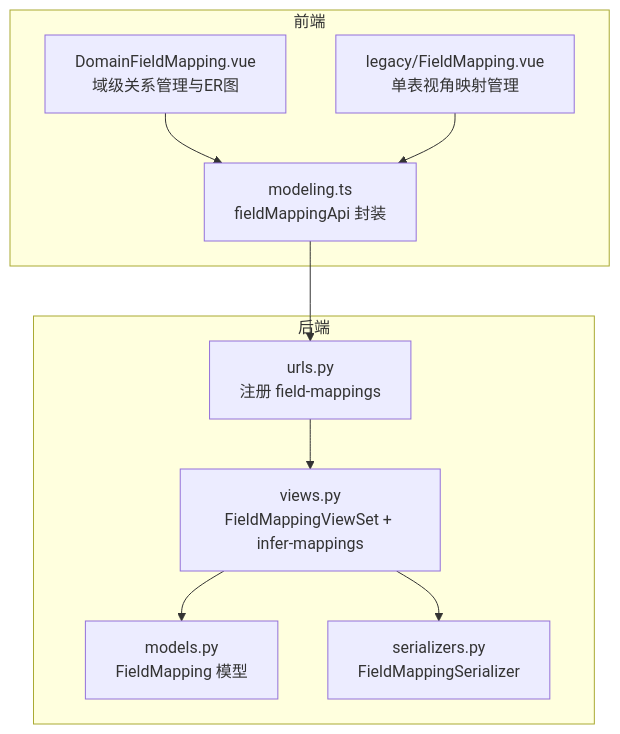
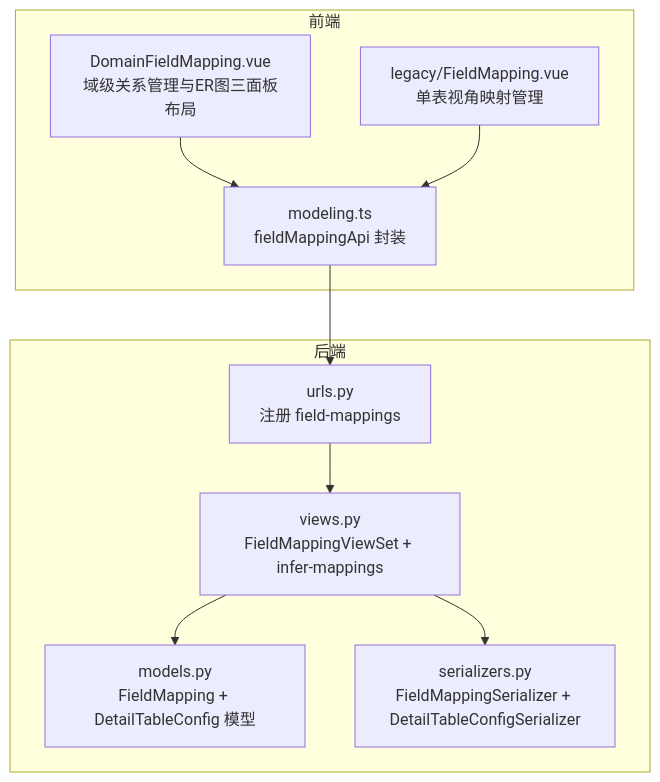
One commit to zyp-coder/Metadata changed the first of 6 diagrams in .qoder/repowiki/zh/content/数据建模模块/字段映射.md. Above: the diagram before and after it, drawn with Mermaid. The commit also changed other lines of this file and 8 other files, not shown here.

````diff
--- a/.qoder/repowiki/zh/content/数据建模模块/字段映射.md
+++ b/.qoder/repowiki/zh/content/数据建模模块/字段映射.md
@@ -32,20 +42,20 @@
 ```mermaid
 graph TB
 subgraph "后端"
-M["models.py<br/>FieldMapping 模型"]
-S["serializers.py<br/>FieldMappingSerializer"]
+M["models.py<br/>FieldMapping + DetailTableConfig 模型"]
+S["serializers.py<br/>FieldMappingSerializer + DetailTableConfigSerializer"]
 V["views.py<br/>FieldMappingViewSet + infer-mappings"]
 U["urls.py<br/>注册 field-mappings"]
 end
 subgraph "前端"
-F1["DomainFieldMapping.vue<br/>域级关系管理与ER图"]
+F1["DomainFieldMapping.vue<br/>域级关系管理与ER图三面板布局"]
 F2["legacy/FieldMapping.vue<br/>单表视角映射管理"]
 A["modeling.ts<br/>fieldMappingApi 封装"]
 end
 U --> V
 V --> M
 V --> S
 A --> U
 F1 --> A
 F2 --> A
 ```
````
